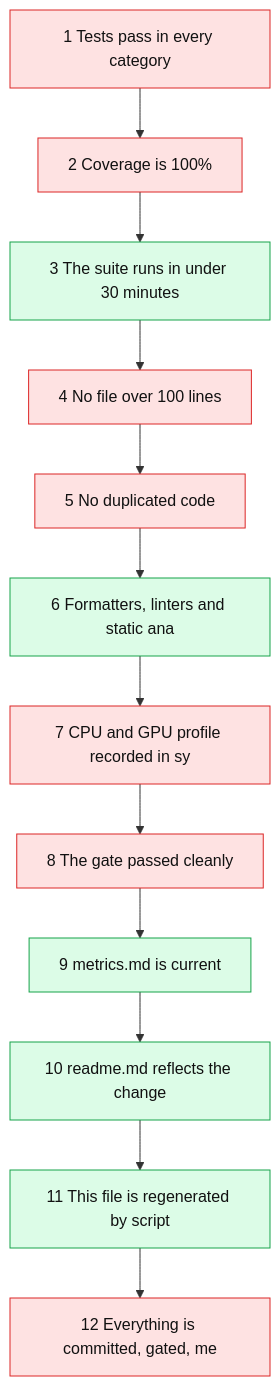
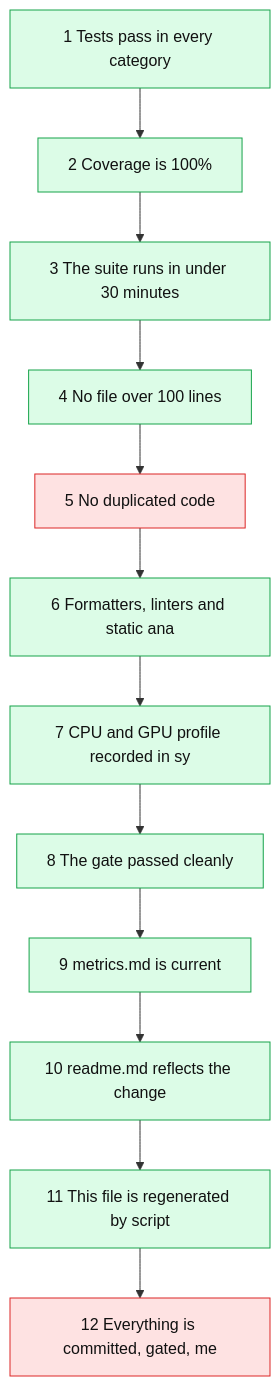
The first of 2 diagrams in next-steps.md (thomascherickal/ferrum-gpu), drawn with Mermaid before and after one commit. The commit also changed other lines of this file and 106 other files, not shown here.

First line of the commit message:
coverage: simulated failures cover every error path; faster coverage run; gate PASS

````diff
--- a/next-steps.md
+++ b/next-steps.md
@@ -22,28 +22,28 @@
 ```mermaid
 flowchart TD
-    s0["1 Tests pass in every category"]:::open
-    s1["2 Coverage is 100%"]:::open
+    s0["1 Tests pass in every category"]:::met
+    s1["2 Coverage is 100%"]:::met
     s2["3 The suite runs in under 30 minutes"]:::met
-    s3["4 No file over 100 lines"]:::open
+    s3["4 No file over 100 lines"]:::met
     s4["5 No duplicated code"]:::open
     s5["6 Formatters, linters and static ana"]:::met
-    s6["7 CPU and GPU profile recorded in sy"]:::open
-    s7["8 The gate passed cleanly"]:::open
+    s6["7 CPU and GPU profile recorded in sy"]:::met
+    s7["8 The gate passed cleanly"]:::met
     s8["9 metrics.md is current"]:::met
     s9["10 readme.md reflects the change"]:::met
     s10["11 This file is regenerated by script"]:::met
     s11["12 Everything is committed, gated, me"]:::open
     s0 --> s1
     s1 --> s2
     s2 --> s3
     s3 --> s4
     s4 --> s5
     s5 --> s6
     s6 --> s7
     s7 --> s8
     s8 --> s9
     s9 --> s10
     s10 --> s11
     classDef met fill:#dcfce7,stroke:#16a34a,color:#111
     classDef open fill:#fee2e2,stroke:#dc2626,color:#111
 ```
````
